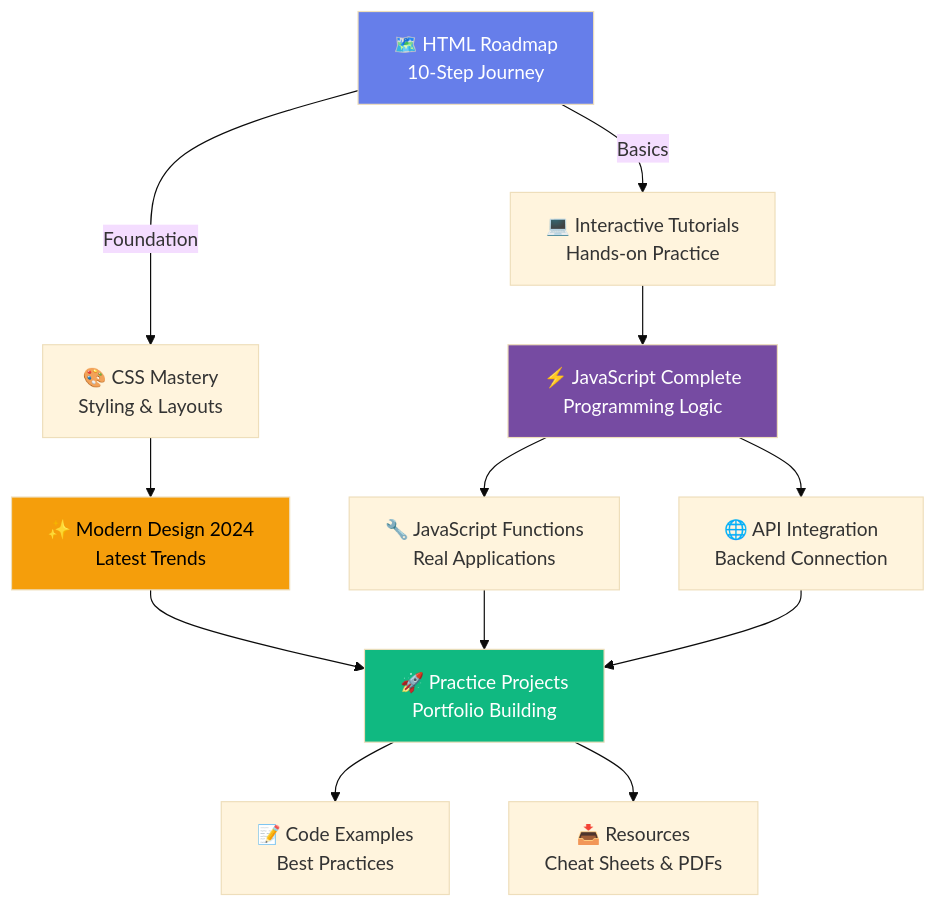
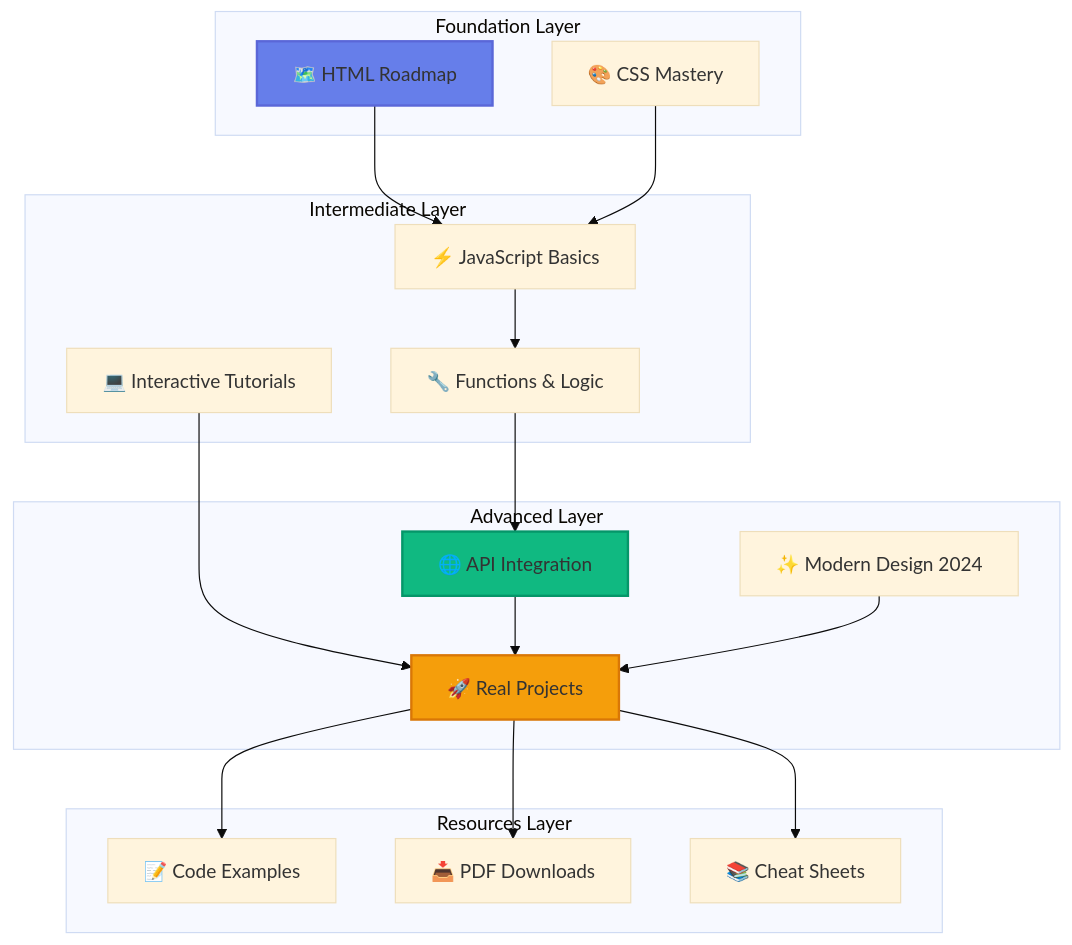
The first of 2 diagrams in README.md (SamratCrosiya/Study-Hub), drawn with Mermaid (base theme) before and after one commit. The commit also changed other lines of this file, not shown here.

````diff
--- a/README.md
+++ b/README.md
@@ -197,23 +312,40 @@
 ```mermaid
 graph TB
-    A[🗺️ HTML Roadmap<br/>10-Step Journey] -->|Foundation| B[🎨 CSS Mastery<br/>Styling & Layouts]
-    A -->|Basics| C[💻 Interactive Tutorials<br/>Hands-on Practice]
+    subgraph "Foundation Layer"
+        A[🗺️ HTML Roadmap] 
+        B[🎨 CSS Mastery]
+    end
     
-    B --> D[✨ Modern Design 2024<br/>Latest Trends]
-    C --> E[⚡ JavaScript Complete<br/>Programming Logic]
+    subgraph "Intermediate Layer"
+        C[⚡ JavaScript Basics]
+        D[🔧 Functions & Logic]
+        E[💻 Interactive Tutorials]
+    end
     
-    E --> F[🔧 JavaScript Functions<br/>Real Applications]
-    E --> G[🌐 API Integration<br/>Backend Connection]
+    subgraph "Advanced Layer"
+        F[🌐 API Integration]
+        G[✨ Modern Design 2024]
+        H[🚀 Real Projects]
+    end
     
-    D --> H[🚀 Practice Projects<br/>Portfolio Building]
+    subgraph "Resources Layer"
+        I[📝 Code Examples]
+        J[📥 PDF Downloads]
+        K[📚 Cheat Sheets]
+    end
+    
+    A --> C
+    B --> C
+    C --> D
+    D --> F
+    E --> H
     F --> H
     G --> H
+    H --> I
+    H --> J
+    H --> K
     
-    H --> I[📝 Code Examples<br/>Best Practices]
-    H --> J[📥 Resources<br/>Cheat Sheets & PDFs]
-    
-    style A fill:#667eea,color:#fff
-    style E fill:#764ba2,color:#fff
-    style H fill:#10b981,color:#fff
-    style D fill:#f59e0b,color:#000
+    style A fill:#667eea,stroke:#5a67d8,stroke-width:2px
+    style F fill:#10b981,stroke:#059669,stroke-width:2px
+    style H fill:#f59e0b,stroke:#d97706,stroke-width:2px
 ```
````
